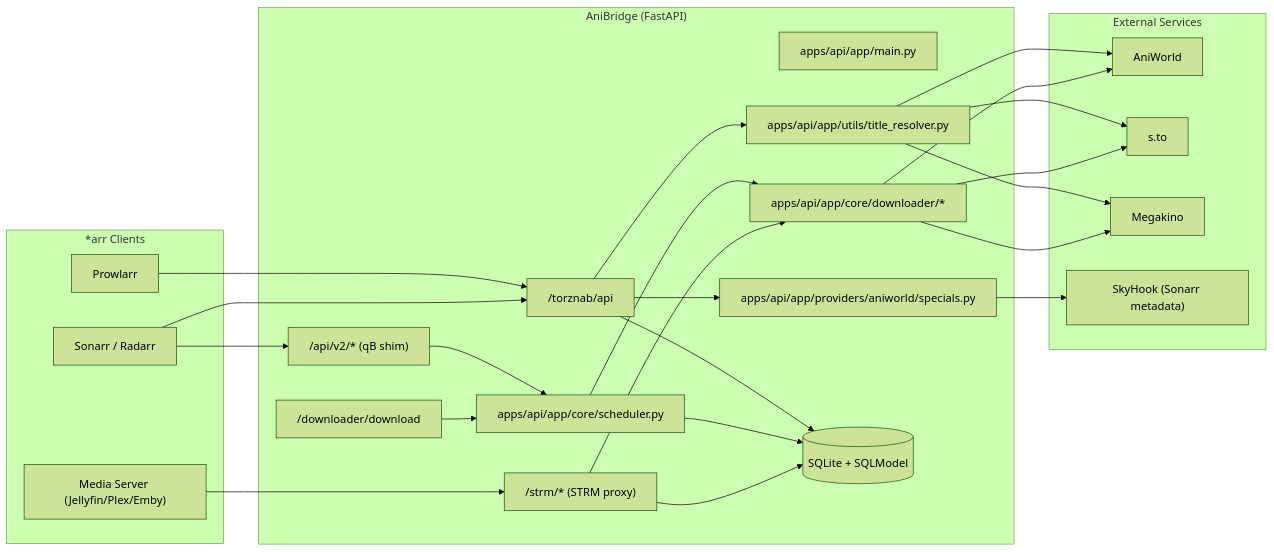
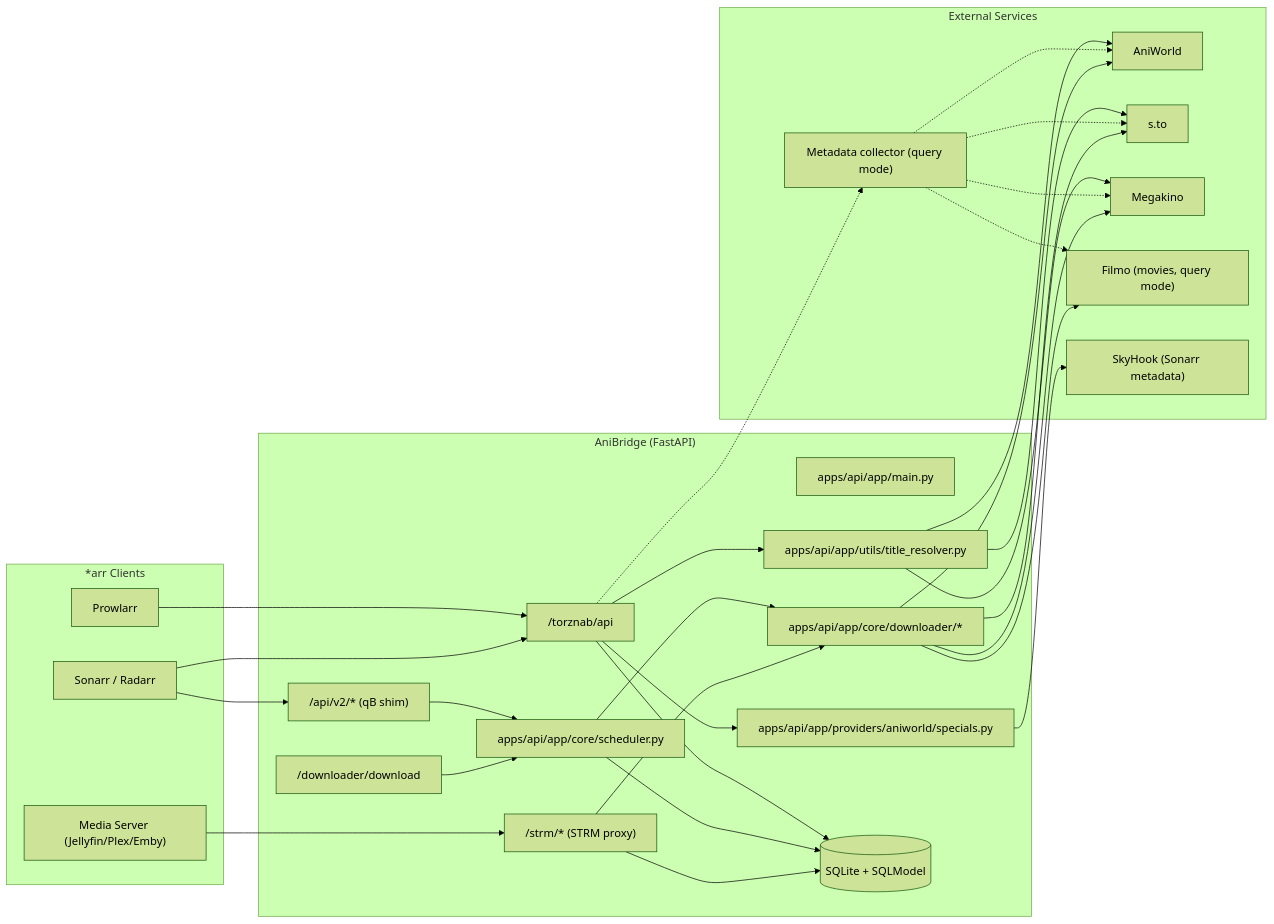
One commit to Zzackllack/AniBridge changed the first of 12 diagrams in docs/src/developer/architecture.md. Above: the diagram before and after it, drawn with Mermaid (forest theme). The commit also changed other lines of this file and 31 other files, not shown here.

````diff
--- a/docs/src/developer/architecture.md
+++ b/docs/src/developer/architecture.md
@@ -23,51 +38,59 @@
 ```mermaid
 flowchart LR
   subgraph Arr["*arr Clients"]
     Prowlarr["Prowlarr"]
     Sonarr["Sonarr / Radarr"]
     Media["Media Server (Jellyfin/Plex/Emby)"]
   end
 
   subgraph AB["AniBridge (FastAPI)"]
     Main["apps/api/app/main.py"]
     Torznab["/torznab/api"]
     QB["/api/v2/* (qB shim)"]
     Strm["/strm/* (STRM proxy)"]
     Legacy["/downloader/download"]
     Scheduler["apps/api/app/core/scheduler.py"]
     DL["apps/api/app/core/downloader/*"]
     Resolver["apps/api/app/utils/title_resolver.py"]
     Specials["apps/api/app/providers/aniworld/specials.py"]
     DB[("SQLite + SQLModel")]
   end
 
   subgraph External["External Services"]
     Ani["AniWorld"]
     Sto["s.to"]
     Mega["Megakino"]
+    Filmo["Filmo (movies, query mode)"]
+    Catalog["Metadata collector (query mode)"]
     Sky["SkyHook (Sonarr metadata)"]
   end
 
   Prowlarr --> Torznab
   Sonarr --> QB
   Sonarr --> Torznab
   Media --> Strm
 
   Torznab --> Resolver
   Torznab --> Specials
   Torznab --> DB
   QB --> Scheduler
   Legacy --> Scheduler
   Scheduler --> DL
   Scheduler --> DB
   Strm --> DB
   Strm --> DL
 
   Resolver --> Ani
   Resolver --> Sto
   Resolver --> Mega
+  Torznab -.-> Catalog
+  Catalog -.-> Ani
+  Catalog -.-> Sto
+  Catalog -.-> Mega
+  Catalog -.-> Filmo
   Specials --> Sky
   DL --> Ani
   DL --> Sto
   DL --> Mega
+  DL --> Filmo
 ```
````
